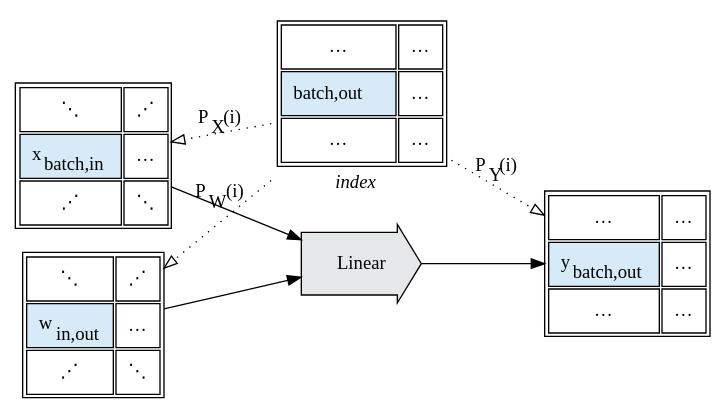
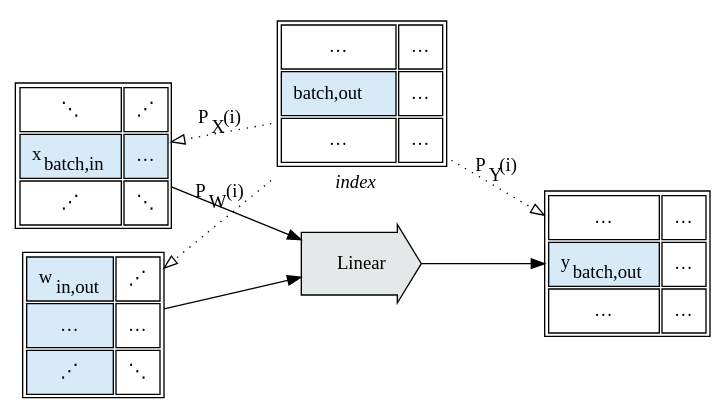
Before and after one commit to crutcher/crutcher.github.io-source: diagram 27 of 27 in source/Tapestry/index.md, drawn with Graphviz. The commit also changed 1 other file, not shown here.

Commit message:
tweak highlights

```diff
--- a/source/Tapestry/index.md
+++ b/source/Tapestry/index.md
@@ -3430,7 +3430,7 @@
                 </tr>
             <tr>
                 <td bgcolor="#D6EAF8">x<sub>batch,in</sub></td>
-                <td>…</td>
+                <td bgcolor="#D6EAF8">…</td>
                 </tr>
             <tr>
                 <td>⋰</td>
@@ -3445,15 +3445,15 @@
         label=<
         <table cellpadding="8">
             <tr>
-                <td>⋱</td>
+                <td bgcolor="#D6EAF8">w<sub>in,out</sub></td>
                 <td>⋰</td>
                 </tr>
             <tr>
-                <td bgcolor="#D6EAF8">w<sub>in,out</sub></td>
+                <td bgcolor="#D6EAF8">…</td>
                 <td>…</td>
                 </tr>
             <tr>
-                <td>⋰</td>
+                <td bgcolor="#D6EAF8">⋰</td>
                 <td>⋱</td>
                 </tr>
             </table>
```
